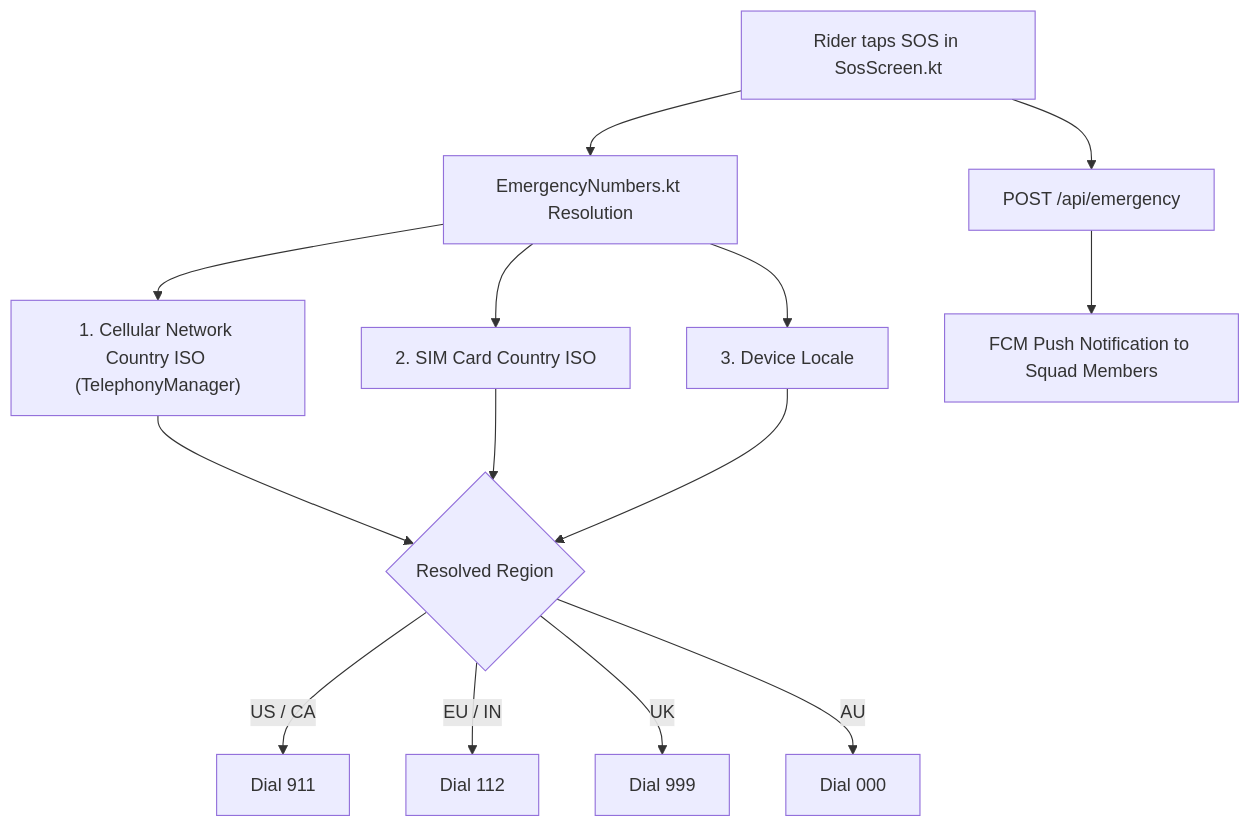
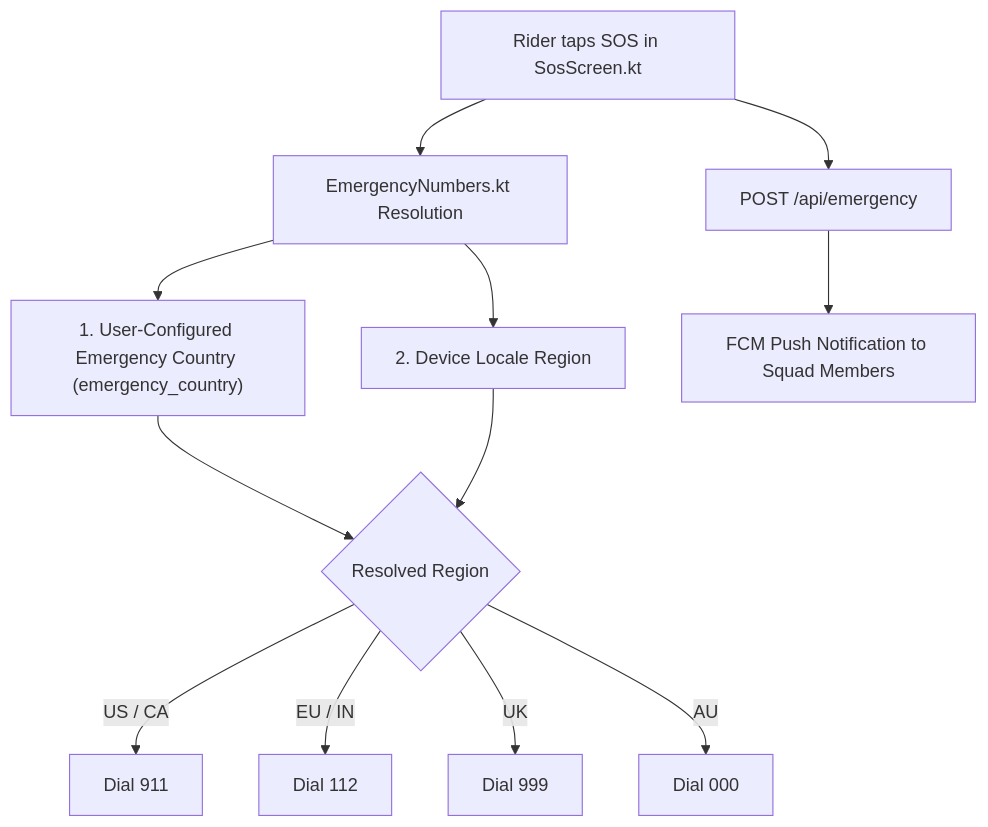
One commit to BuzyU/Rider_APP changed the sixth of 9 diagrams in RIDERVOICE_SYSTEM_EXPLANATION.md. Above: the diagram before and after it, drawn with Mermaid. The commit also changed other lines of this file and 17 other files, not shown here.

Commit message:
docs: synchronize README, architecture, release notes, and mesh specs with v2.0 codebase and clean up ticket comments

````diff
--- a/RIDERVOICE_SYSTEM_EXPLANATION.md
+++ b/RIDERVOICE_SYSTEM_EXPLANATION.md
@@ -278,19 +278,17 @@
 ```mermaid
 flowchart TD
     Trigger["Rider taps SOS in SosScreen.kt"] --> Detect["EmergencyNumbers.kt Resolution"]
-    Detect --> CheckNet["1. Cellular Network Country ISO (TelephonyManager)"]
-    Detect --> CheckSIM["2. SIM Card Country ISO"]
-    Detect --> CheckLoc["3. Device Locale"]
+    Detect --> CheckPref["1. User-Configured Emergency Country (emergency_country)"]
+    Detect --> CheckLoc["2. Device Locale Region"]
 
-    CheckNet --> Resolve{"Resolved Region"}
-    CheckSIM --> Resolve
+    CheckPref --> Resolve{"Resolved Region"}
     CheckLoc --> Resolve
 
     Resolve -->|US / CA| D911["Dial 911"]
     Resolve -->|EU / IN| D112["Dial 112"]
     Resolve -->|UK| D999["Dial 999"]
     Resolve -->|AU| D000["Dial 000"]
 
     Trigger --> API["POST /api/emergency"]
     API --> FCM["FCM Push Notification to Squad Members"]
 ```
````
